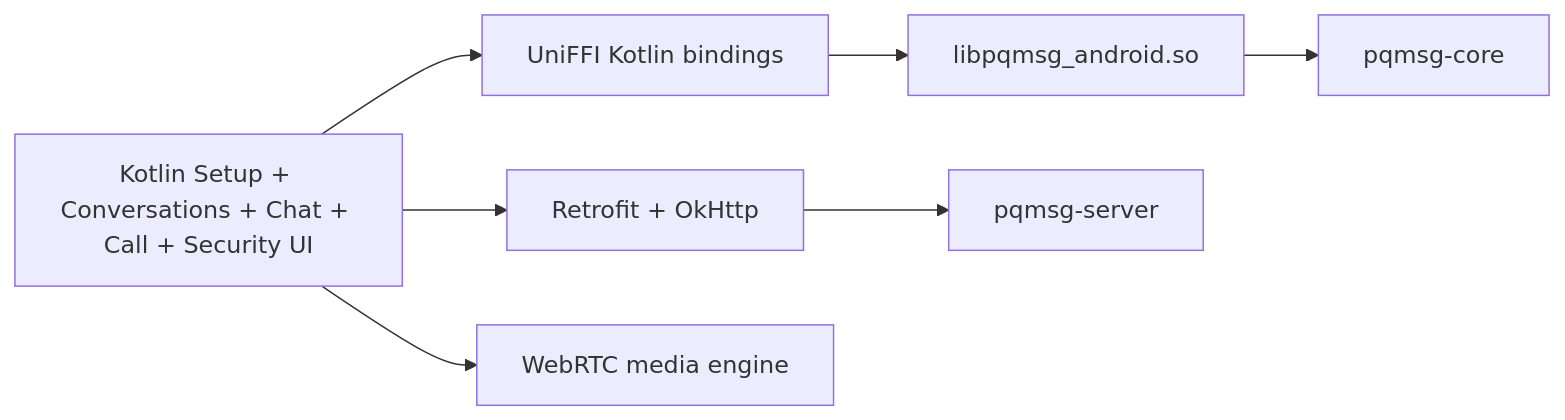
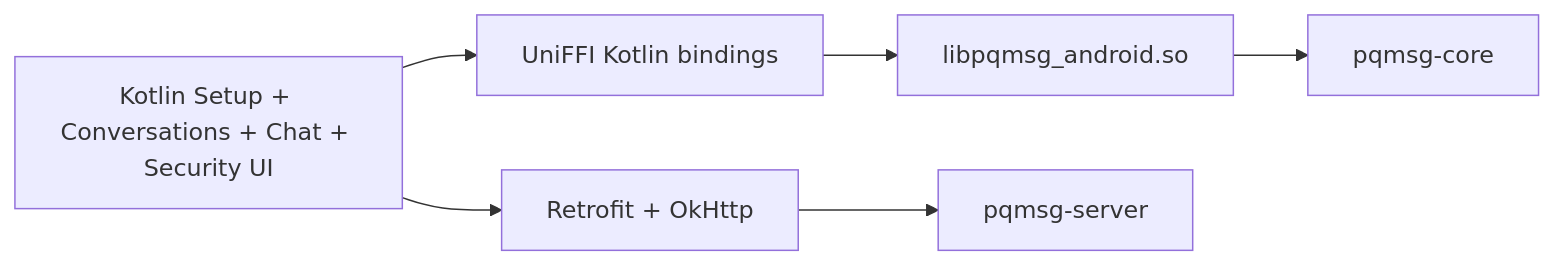
The first of 4 diagrams in docs/ANDROID.md (ErenAri/post-quantum-messaging-app), drawn with Mermaid before and after one commit. The commit also changed other lines of this file and 12 other files, not shown here.

````diff
--- a/docs/ANDROID.md
+++ b/docs/ANDROID.md
@@ -9,9 +11,8 @@
 ```mermaid
 flowchart LR
-    UI[Kotlin Setup + Conversations + Chat + Call + Security UI] --> NET[Retrofit + OkHttp]
+    UI[Kotlin Setup + Conversations + Chat + Security UI] --> NET[Retrofit + OkHttp]
     UI --> UNI[UniFFI Kotlin bindings]
     UNI --> SO[libpqmsg_android.so]
     SO --> CORE[pqmsg-core]
     NET --> SRV[pqmsg-server]
-    UI --> WEBRTC[WebRTC media engine]
 ```
````
